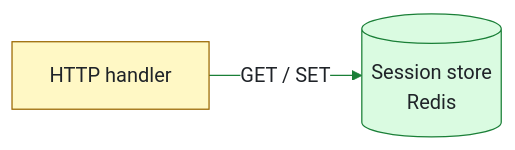
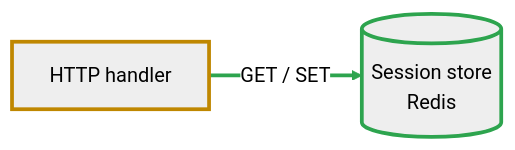
Before and after one commit to zzh730/agent-skill: the diagram in skills/pele-diagram/SKILL.md, drawn with Mermaid (neutral theme). The commit also changed other lines of this file and 5 other files, not shown here.

First line of the commit message:
Keep Mermaid diff classes to line colors so GitHub renders them

````diff
--- a/skills/pele-diagram/SKILL.md
+++ b/skills/pele-diagram/SKILL.md
@@ -66,9 +66,9 @@
 ```mermaid
 flowchart LR
   handler[HTTP handler]:::changed
   redis[(Session store<br/>Redis)]:::added
   handler e1@-->|GET / SET| redis
   class e1 added
-  classDef added fill:#dafbe1,stroke:#1a7f37,color:#1f2328
-  classDef changed fill:#fff8c5,stroke:#9a6700,color:#1f2328
+  classDef added stroke:#2da44e,stroke-width:3px
+  classDef changed stroke:#bf8700,stroke-width:3px
 ```
````
